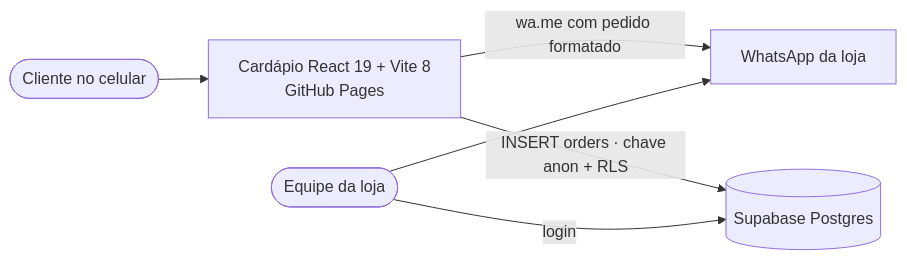
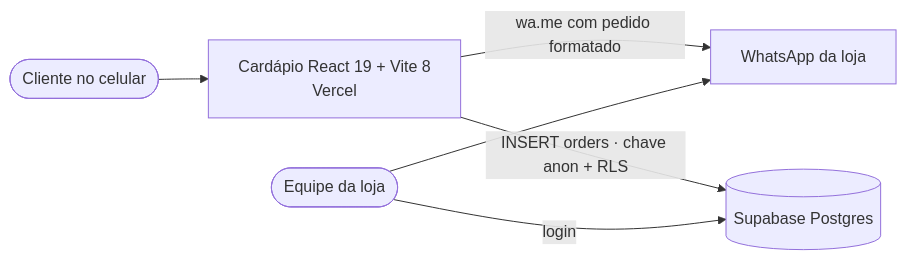
The diagram in documentacao/ARQUITETURA.md (douglasabnovato/catalogo-acai), drawn with Mermaid before and after one commit. The commit also changed other lines of this file and 5 other files, not shown here.

````diff
--- a/documentacao/ARQUITETURA.md
+++ b/documentacao/ARQUITETURA.md
@@ -5,8 +7,8 @@
 ```mermaid
 flowchart LR
-  C([Cliente no celular]) --> SPA[Cardápio React 19 + Vite 8<br/>GitHub Pages]
+  C([Cliente no celular]) --> SPA[Cardápio React 19 + Vite 8<br/>Vercel]
   SPA -->|wa.me com pedido formatado| W[WhatsApp da loja]
   SPA -->|INSERT orders · chave anon + RLS| S[(Supabase Postgres)]
   L([Equipe da loja]) --> W
   L -->|login| S
 ```
````
